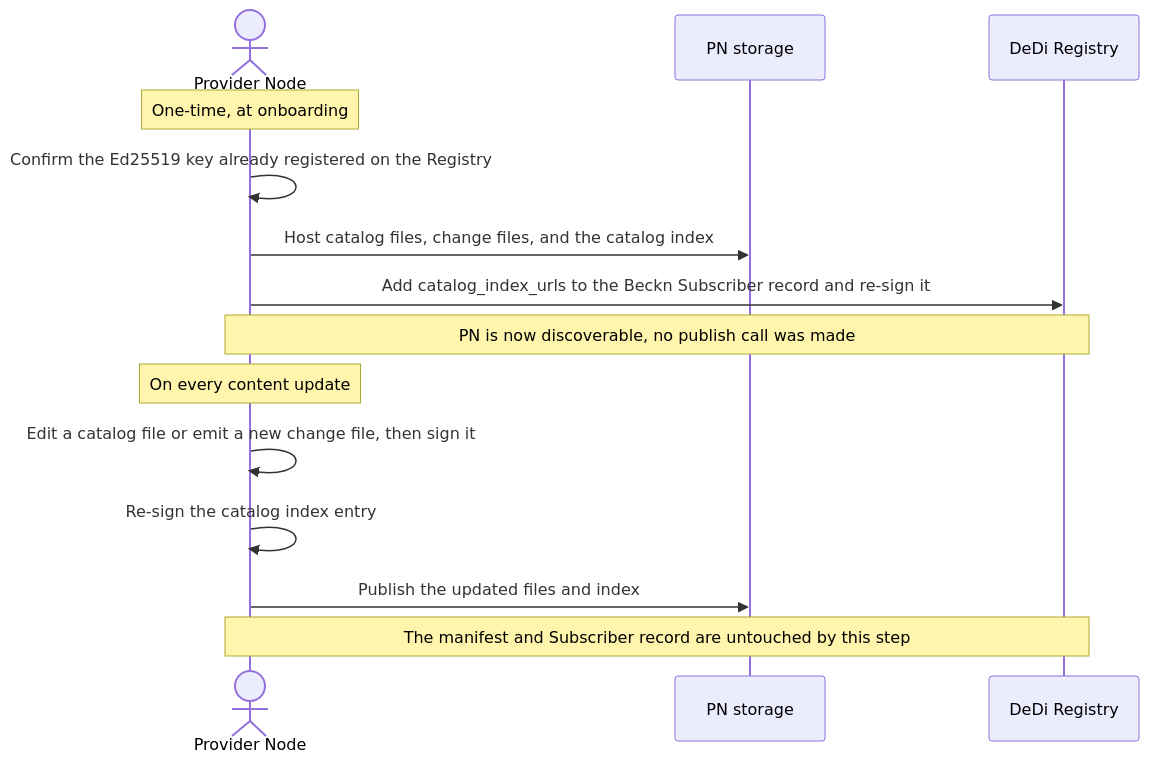
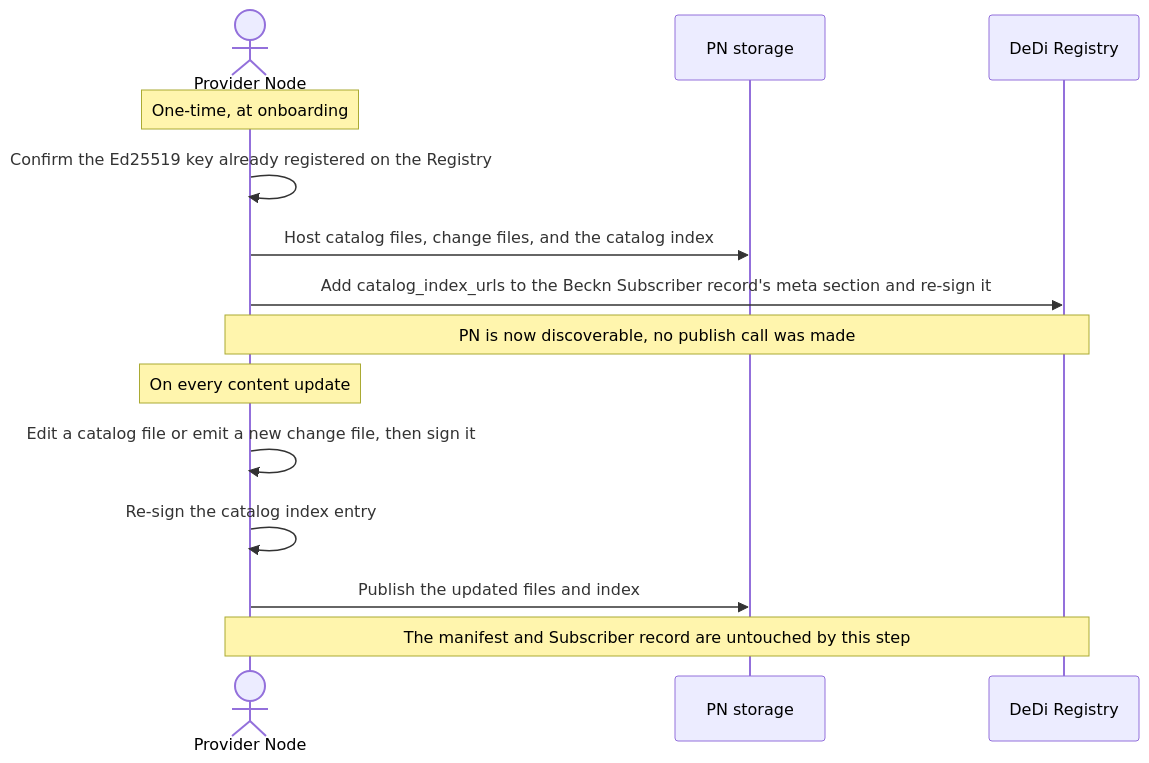
The first of 3 diagrams in docs/Catalog_Publishing_and_Discovery.md (beckn/protocol-specifications-v2), drawn with Mermaid before and after one commit. The commit also changed other lines of this file, not shown here.

First line of the commit message:
NFH-014: move catalog_index_urls into DeDi meta section, not Beckn_subscriber

````diff
--- a/docs/Catalog_Publishing_and_Discovery.md
+++ b/docs/Catalog_Publishing_and_Discovery.md
@@ -172,18 +172,18 @@
 ```mermaid
 sequenceDiagram
     actor PN as Provider Node
     participant Store as PN storage
     participant DeDi as DeDi Registry
 
     Note over PN: One-time, at onboarding
     PN->>PN: Confirm the Ed25519 key already registered on the Registry
     PN->>Store: Host catalog files, change files, and the catalog index
-    PN->>DeDi: Add catalog_index_urls to the Beckn Subscriber record and re-sign it
+    PN->>DeDi: Add catalog_index_urls to the Beckn Subscriber record's meta section and re-sign it
     Note over PN,DeDi: PN is now discoverable, no publish call was made
 
     Note over PN: On every content update
     PN->>PN: Edit a catalog file or emit a new change file, then sign it
     PN->>PN: Re-sign the catalog index entry
     PN->>Store: Publish the updated files and index
     Note over PN,DeDi: The manifest and Subscriber record are untouched by this step
 ```
````
